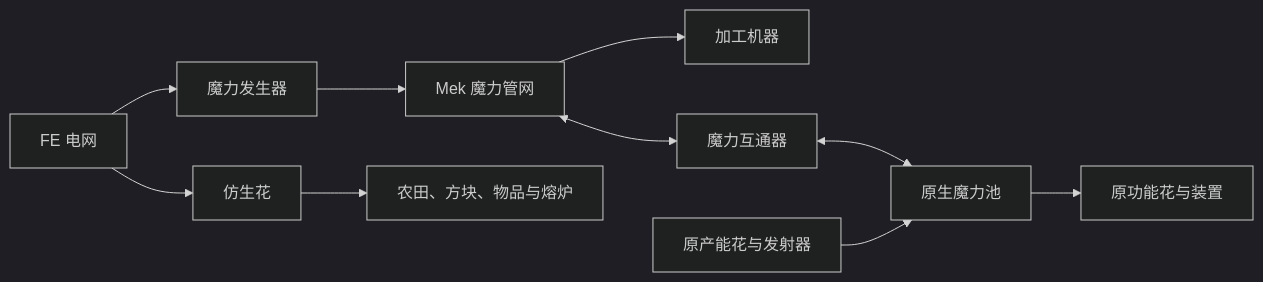
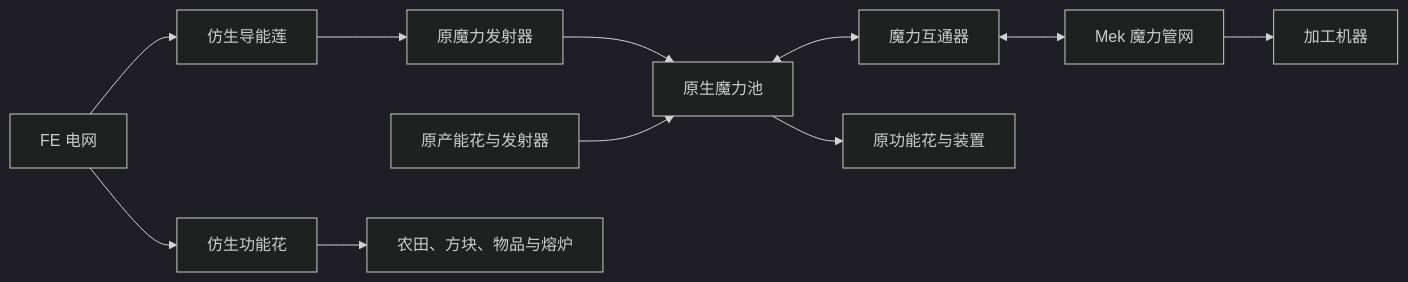
Before and after one commit to sisi0318/EveryoneMek: the diagram in Botania/DESIGN.md, drawn with Mermaid (dark theme). The commit also changed other lines of this file and 4 other files, not shown here.

Commit message:
[Botania] docs: design balanced flower generation and non-soil mounting

````diff
--- a/Botania/DESIGN.md
+++ b/Botania/DESIGN.md
@@ -19,12 +19,13 @@
 ```mermaid
 flowchart LR
-    FE[FE 电网] --> G[魔力发生器]
-    G --> C[Mek 魔力管网]
+    FE[FE 电网] --> G[仿生导能莲]
+    G --> S[原魔力发射器]
+    S --> P[原生魔力池]
+    P <--> B[魔力互通器]
+    B <--> C[Mek 魔力管网]
     C --> M[加工机器]
-    C <--> B[魔力互通器]
-    B <--> P[原生魔力池]
     F[原产能花与发射器] --> P
     P --> N[原功能花与装置]
-    FE --> BF[仿生花]
+    FE --> BF[仿生功能花]
     BF --> W[农田、方块、物品与熔炉]
 ```
````
